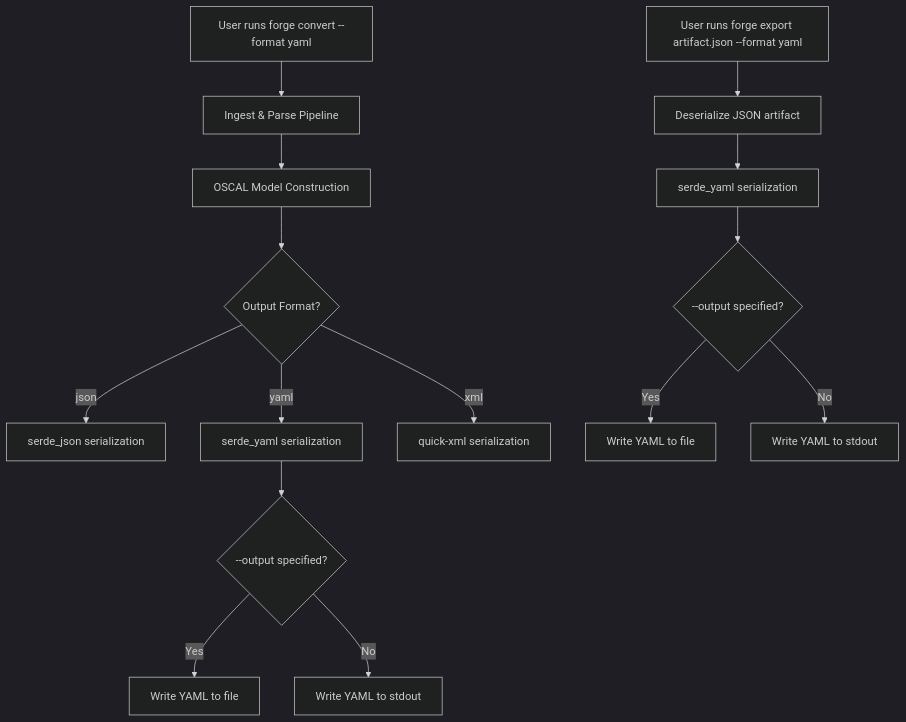
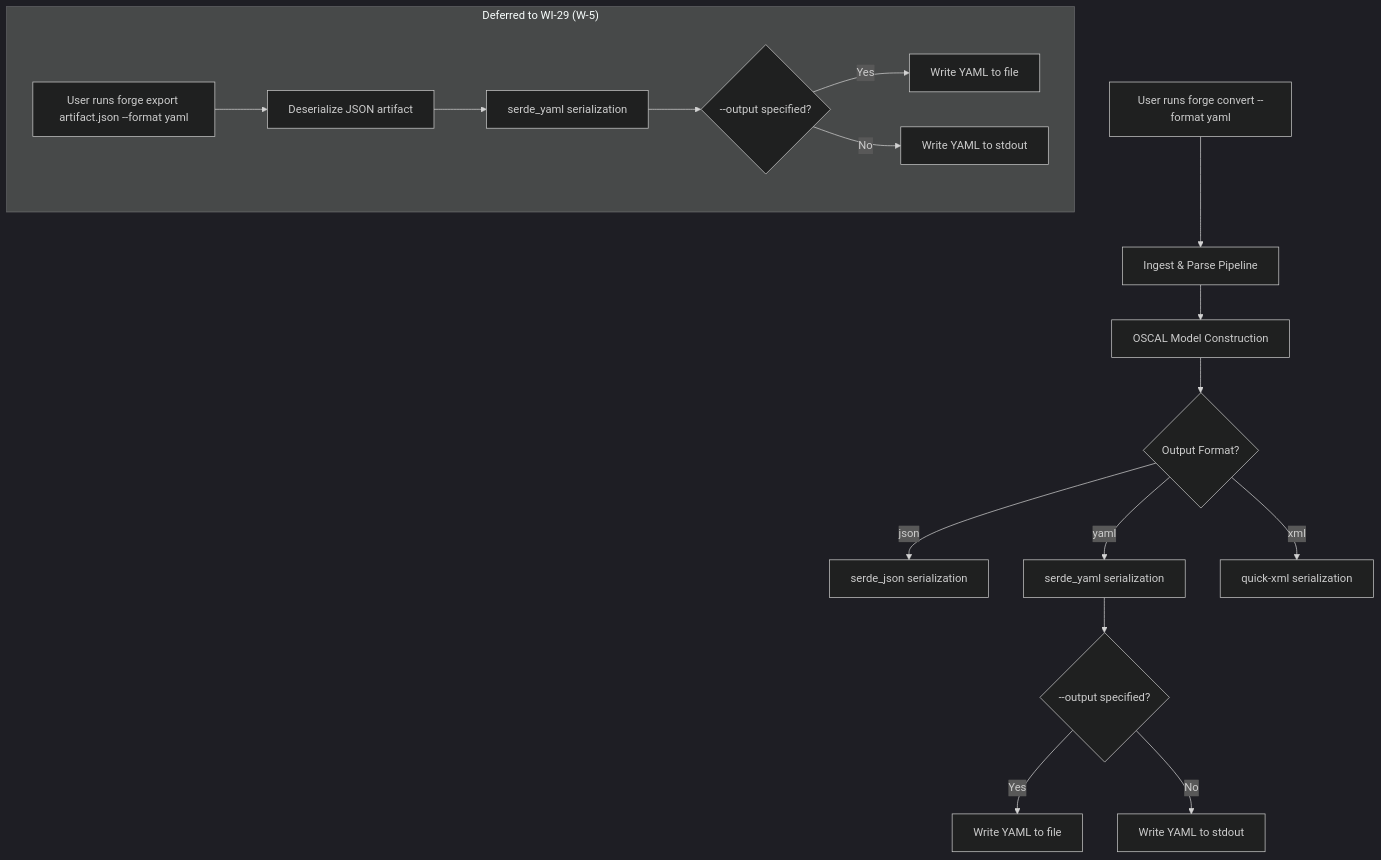
The first of 2 diagrams in docs/PRD/027-prd-yaml-output.md (policy-forge/forge), drawn with Mermaid (dark theme) before and after one commit. The commit also changed other lines of this file and 27 other files, not shown here.

First line of the commit message:
feat: add YAML output format support (WI-27)

````diff
--- a/docs/PRD/027-prd-yaml-output.md
+++ b/docs/PRD/027-prd-yaml-output.md
@@ -185,18 +183,20 @@
 ```mermaid
 flowchart TD
     A[User runs forge convert --format yaml] --> B[Ingest & Parse Pipeline]
     B --> C[OSCAL Model Construction]
     C --> D{Output Format?}
     D -->|json| E[serde_json serialization]
     D -->|yaml| F[serde_yaml serialization]
     D -->|xml| G[quick-xml serialization]
     F --> H{--output specified?}
     H -->|Yes| I[Write YAML to file]
     H -->|No| J[Write YAML to stdout]
 
-    K[User runs forge export artifact.json --format yaml] --> L[Deserialize JSON artifact]
-    L --> M[serde_yaml serialization]
-    M --> N{--output specified?}
-    N -->|Yes| O[Write YAML to file]
-    N -->|No| P[Write YAML to stdout]
+    subgraph "Deferred to WI-29 (W-5)"
+        K[User runs forge export artifact.json --format yaml] --> L[Deserialize JSON artifact]
+        L --> M[serde_yaml serialization]
+        M --> N{--output specified?}
+        N -->|Yes| O[Write YAML to file]
+        N -->|No| P[Write YAML to stdout]
+    end
 ```
````
